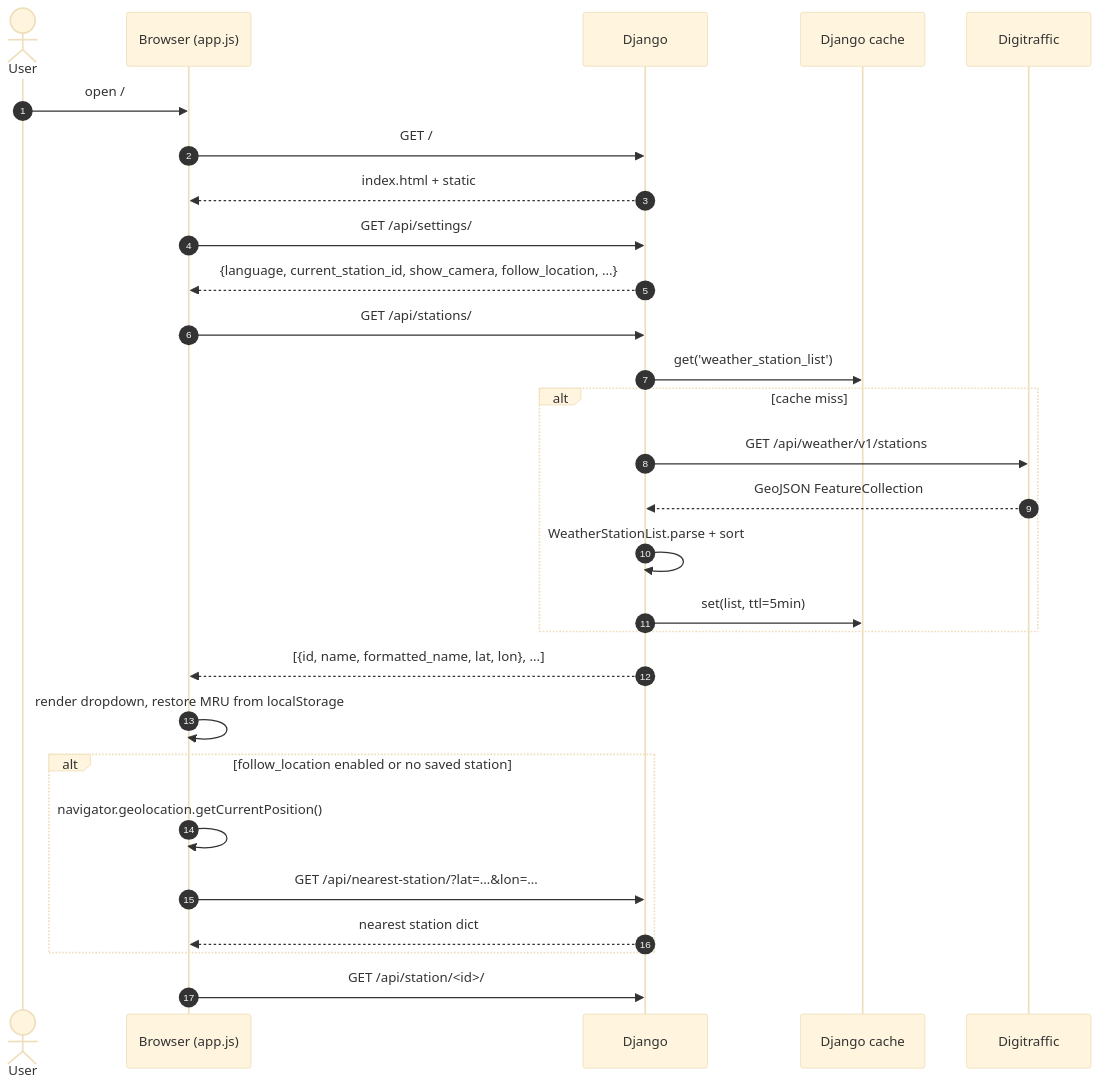
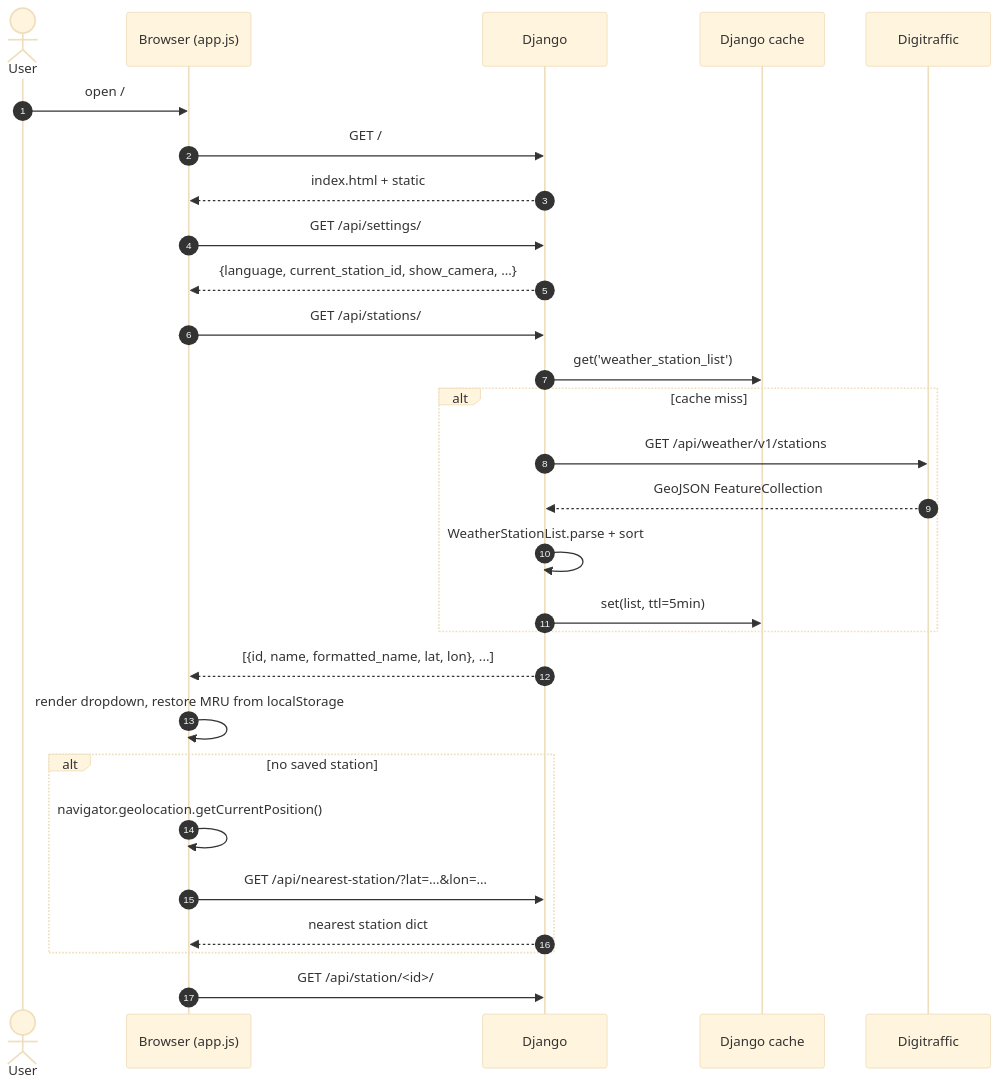
One commit to jjankkil/weatherview-django changed the third of 9 diagrams in docs/ARCHITECTURE.md. Above: the diagram before and after it, drawn with Mermaid (base theme). The commit also changed other lines of this file and 16 other files, not shown here.

````diff
--- a/docs/ARCHITECTURE.md
+++ b/docs/ARCHITECTURE.md
@@ -220,31 +220,31 @@
 ```mermaid
 sequenceDiagram
     autonumber
     actor User
     participant Browser as Browser (app.js)
     participant Django
     participant Cache as Django cache
     participant DT as Digitraffic
 
     User->>Browser: open /
     Browser->>Django: GET /
     Django-->>Browser: index.html + static
     Browser->>Django: GET /api/settings/
-    Django-->>Browser: {language, current_station_id, show_camera, follow_location, ...}
+    Django-->>Browser: {language, current_station_id, show_camera, ...}
     Browser->>Django: GET /api/stations/
     Django->>Cache: get('weather_station_list')
     alt cache miss
         Django->>DT: GET /api/weather/v1/stations
         DT-->>Django: GeoJSON FeatureCollection
         Django->>Django: WeatherStationList.parse + sort
         Django->>Cache: set(list, ttl=5min)
     end
     Django-->>Browser: [{id, name, formatted_name, lat, lon}, ...]
     Browser->>Browser: render dropdown, restore MRU from localStorage
-    alt follow_location enabled or no saved station
+    alt no saved station
         Browser->>Browser: navigator.geolocation.getCurrentPosition()
         Browser->>Django: GET /api/nearest-station/?lat=…&lon=…
         Django-->>Browser: nearest station dict
     end
     Browser->>Django: GET /api/station/<id>/
 ```
````
